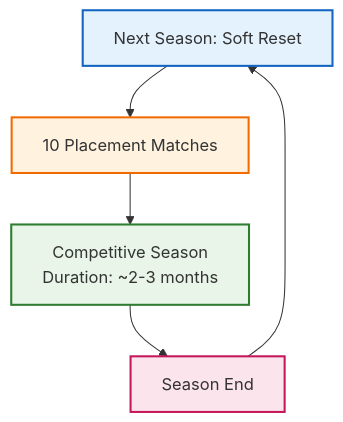
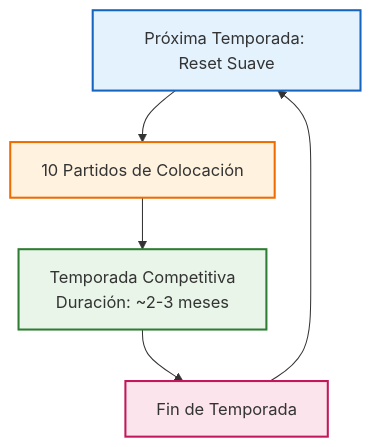
The first of 2 diagrams in docs/faceit-seasons-diagram.md (mchssj/v34frag), drawn with Mermaid before and after one commit. The commit also changed other lines of this file, not shown here.

````diff
--- a/docs/faceit-seasons-diagram.md
+++ b/docs/faceit-seasons-diagram.md
@@ -5,12 +5,12 @@
 ```mermaid
-graph TD
-    A[Season Start: Soft Reset] --> B[10 Placement Matches]
-    B --> C[Competitive Season<br/>Duration: ~2-3 months]
-    C --> D[Season End]
-    D --> A[Next Season: Soft Reset]
+flowchart TD
+    A[Inicio de Temporada: Reset Suave] --> B[10 Partidos de Colocación]
+    B --> C[Temporada Competitiva<br/>Duración: ~2-3 meses]
+    C --> D[Fin de Temporada]
+    D --> A[Próxima Temporada: Reset Suave]
     
     style A fill:#e3f2fd,stroke:#1565c0,stroke-width:2px
     style B fill:#fff3e0,stroke:#ef6c00,stroke-width:2px
     style C fill:#e8f5e8,stroke:#2e7d32,stroke-width:2px
     style D fill:#fce4ec,stroke:#c2185b,stroke-width:2px
 ```
````
